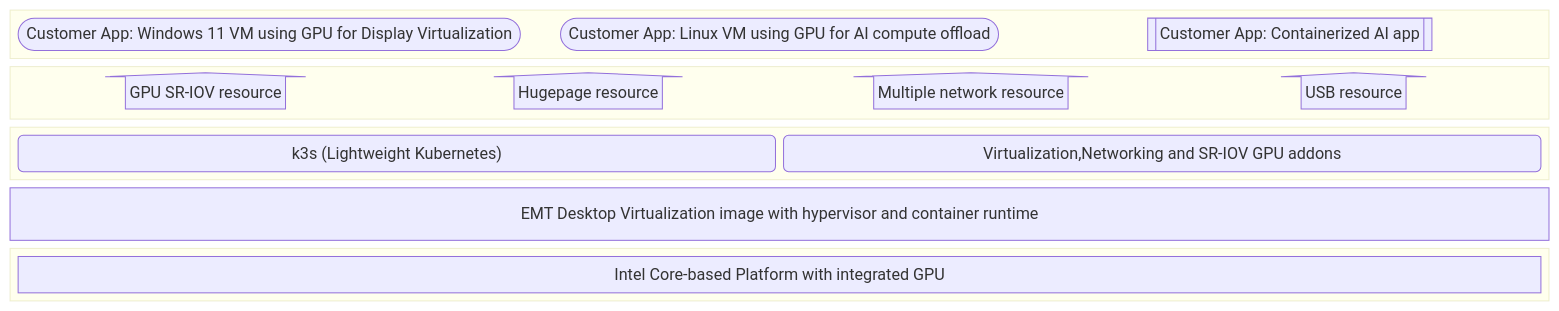
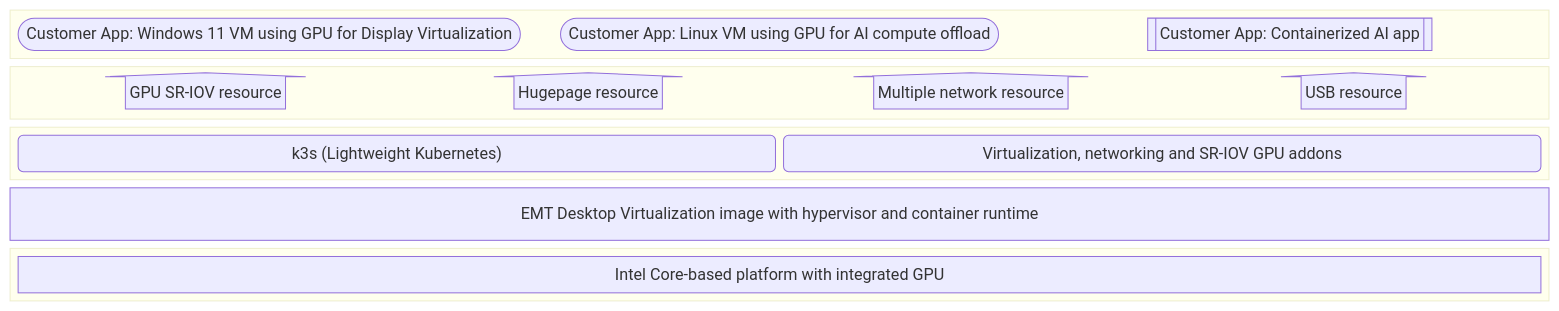
One commit to sgolebiewski-intel/edge-microvisor-toolkit-standalone-node changed the diagram in standalone-node/docs/user-guide/desktop-virtualization-image-guide.md. Above: the diagram before and after it, drawn with Mermaid. The commit also changed other lines of this file and 6 other files, not shown here.

````diff
--- a/standalone-node/docs/user-guide/desktop-virtualization-image-guide.md
+++ b/standalone-node/docs/user-guide/desktop-virtualization-image-guide.md
@@ -23,24 +23,24 @@
 ```mermaid
 block-beta
   columns 1
-    block:APP      
-      WinVM(["Customer App: Windows 11 VM using GPU for Display Virtualization"])      
+    block:APP
+      WinVM(["Customer App: Windows 11 VM using GPU for Display Virtualization"])
       LinuxVM(["Customer App: Linux VM using GPU for AI compute offload"])
       AppPod[["Customer App: Containerized AI app"]]
-    end    
+    end
     block:RESOURCES
-      blockArrowId1<["GPU SR-IOV resource"]>(up)      
+      blockArrowId1<["GPU SR-IOV resource"]>(up)
       blockArrowId2<["Hugepage resource"]>(up)
       blockArrowId3<["Multiple network resource"]>(up)
       blockArrowId4<["USB resource"]>(up)
     end
-    block:KUBE      
+    block:KUBE
       K3S("k3s (Lightweight Kubernetes)")
-      SRIOV("Virtualization,Networking and SR-IOV GPU addons")
+      SRIOV("Virtualization, networking and SR-IOV GPU addons")
     end
     EMT["EMT Desktop Virtualization image with hypervisor and container runtime"]
     block:HARDWARE
-      IntelCore["Intel Core-based Platform with integrated GPU"]
+      IntelCore["Intel Core-based platform with integrated GPU"]
     end
-    
+
 ```
````
